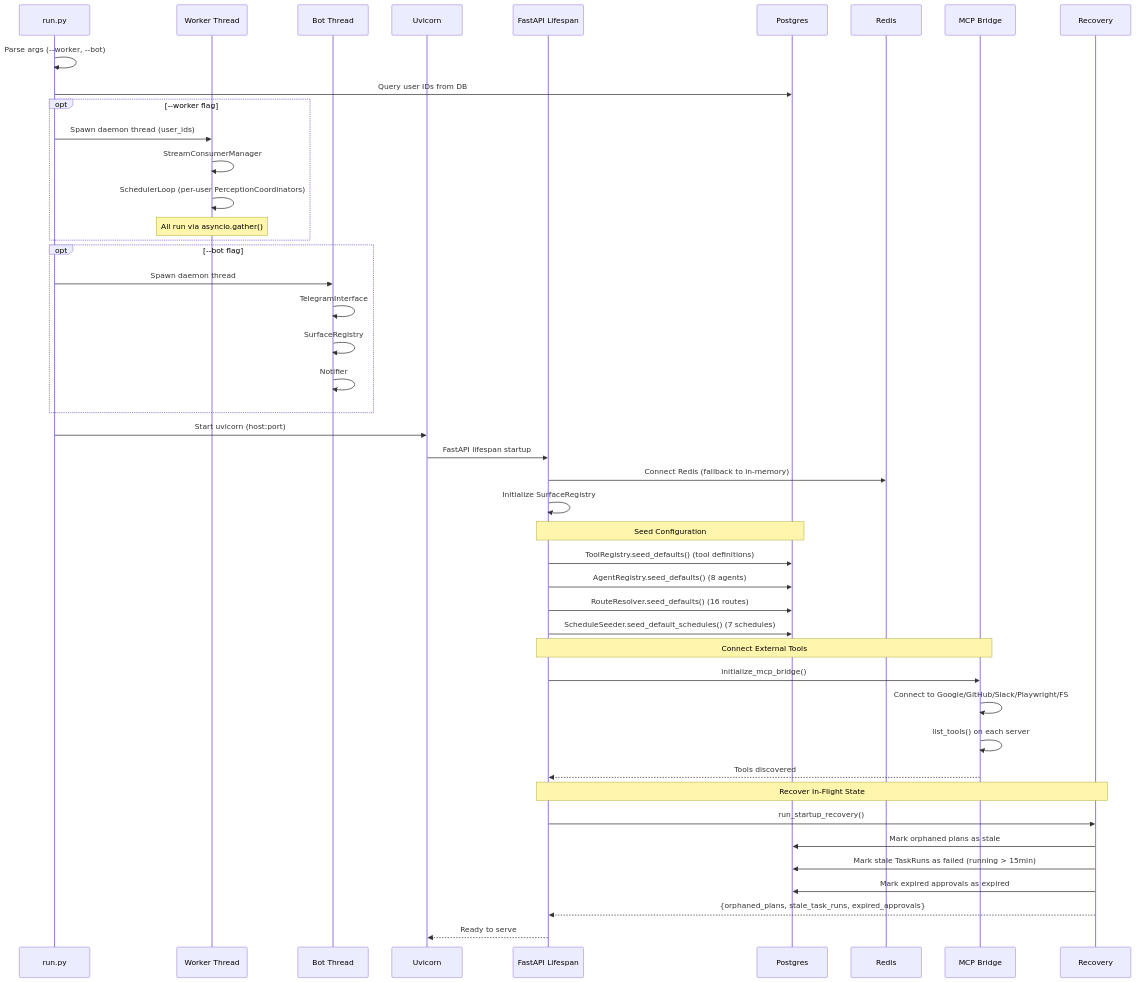
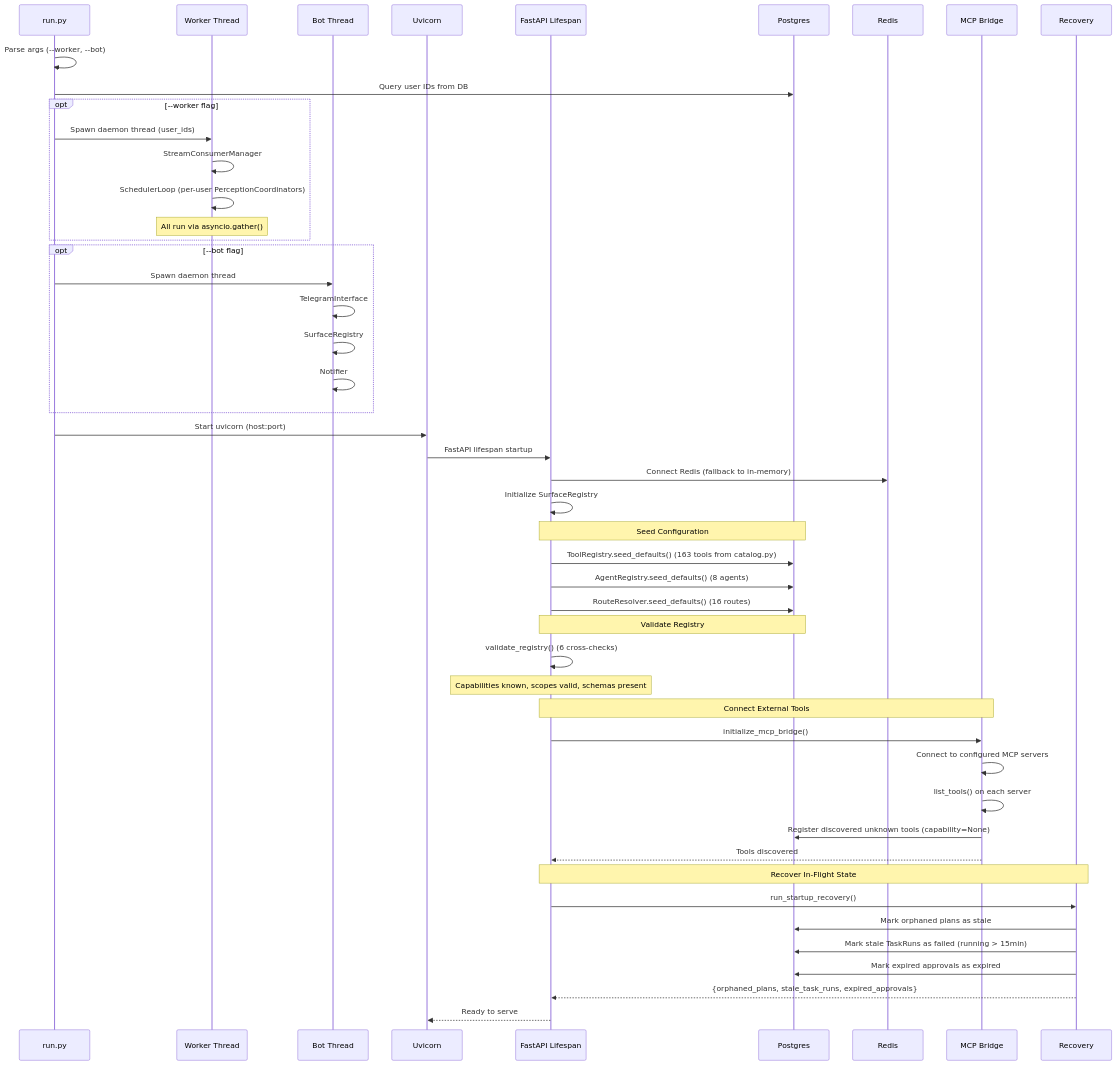
Before and after one commit to shivadharmi/muldro: the first of 3 diagrams in docs/architecture/startup.md, drawn with Mermaid. The commit also changed 6 other files, not shown here.

First line of the commit message:
docs: update all docs for unified tool registry migration

````diff
--- a/docs/architecture/startup.md
+++ b/docs/architecture/startup.md
@@ -5,56 +5,60 @@
 ```mermaid
 sequenceDiagram
     participant R as run.py
     participant W as Worker Thread
     participant B as Bot Thread
     participant UV as Uvicorn
     participant APP as FastAPI Lifespan
     participant DB as Postgres
     participant RD as Redis
     participant MCP as MCP Bridge
     participant REC as Recovery
 
     R->>R: Parse args (--worker, --bot)
     R->>DB: Query user IDs from DB
 
     opt --worker flag
         R->>W: Spawn daemon thread (user_ids)
         W->>W: StreamConsumerManager
         W->>W: SchedulerLoop (per-user PerceptionCoordinators)
         Note over W: All run via asyncio.gather()
     end
 
     opt --bot flag
         R->>B: Spawn daemon thread
         B->>B: TelegramInterface
         B->>B: SurfaceRegistry
         B->>B: Notifier
     end
 
     R->>UV: Start uvicorn (host:port)
     UV->>APP: FastAPI lifespan startup
 
     APP->>RD: Connect Redis (fallback to in-memory)
     APP->>APP: Initialize SurfaceRegistry
 
     Note over APP,DB: Seed Configuration
-    APP->>DB: ToolRegistry.seed_defaults() (tool definitions)
+    APP->>DB: ToolRegistry.seed_defaults() (163 tools from catalog.py)
     APP->>DB: AgentRegistry.seed_defaults() (8 agents)
     APP->>DB: RouteResolver.seed_defaults() (16 routes)
-    APP->>DB: ScheduleSeeder.seed_default_schedules() (7 schedules)
+
+    Note over APP,DB: Validate Registry
+    APP->>APP: validate_registry() (6 cross-checks)
+    Note over APP: Capabilities known, scopes valid, schemas present
 
     Note over APP,MCP: Connect External Tools
     APP->>MCP: initialize_mcp_bridge()
-    MCP->>MCP: Connect to Google/GitHub/Slack/Playwright/FS
+    MCP->>MCP: Connect to configured MCP servers
     MCP->>MCP: list_tools() on each server
+    MCP->>DB: Register discovered unknown tools (capability=None)
     MCP-->>APP: Tools discovered
 
     Note over APP,REC: Recover In-Flight State
     APP->>REC: run_startup_recovery()
     REC->>DB: Mark orphaned plans as stale
     REC->>DB: Mark stale TaskRuns as failed (running > 15min)
     REC->>DB: Mark expired approvals as expired
     REC-->>APP: {orphaned_plans, stale_task_runs, expired_approvals}
 
     APP-->>UV: Ready to serve
 ```
````
